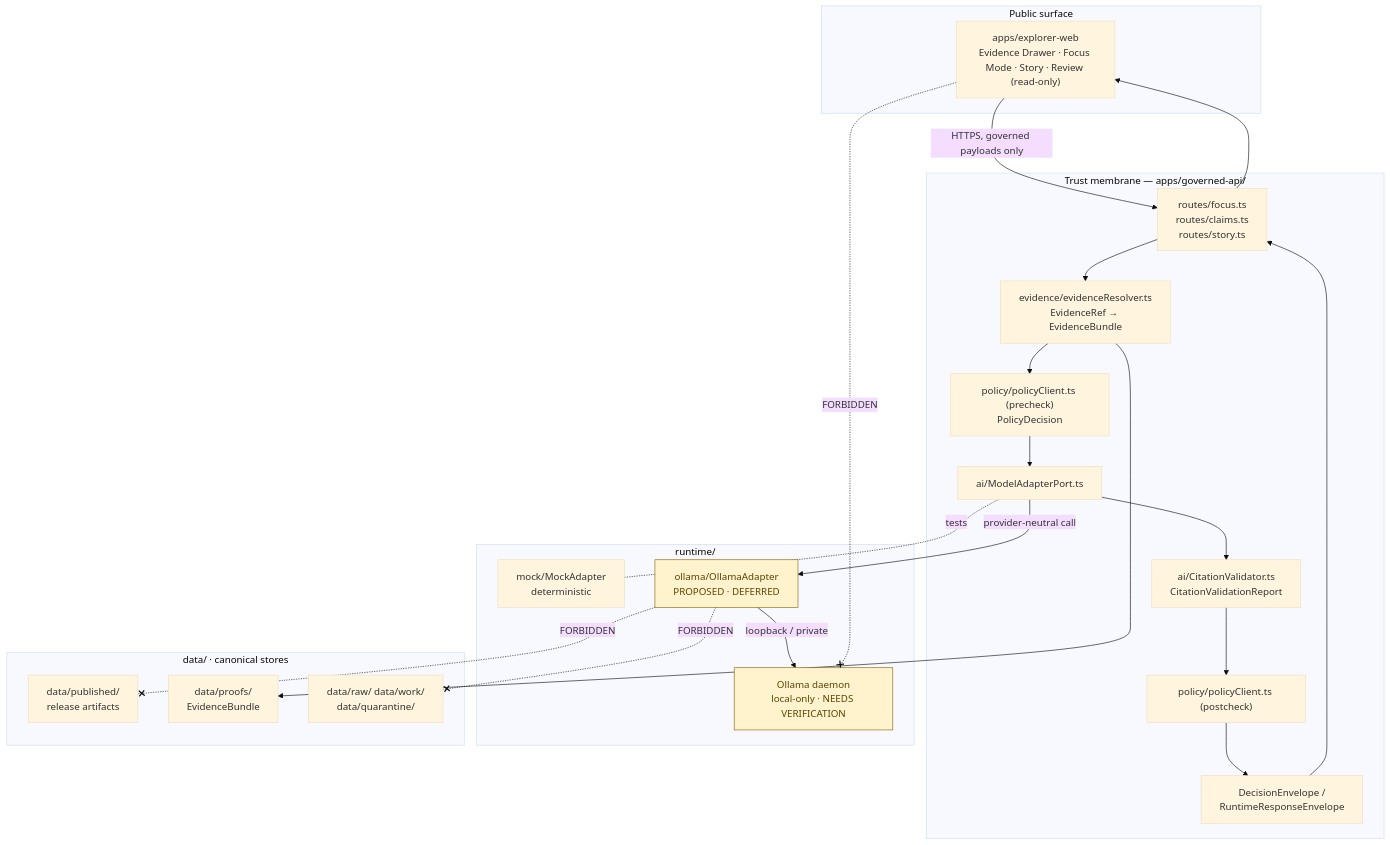
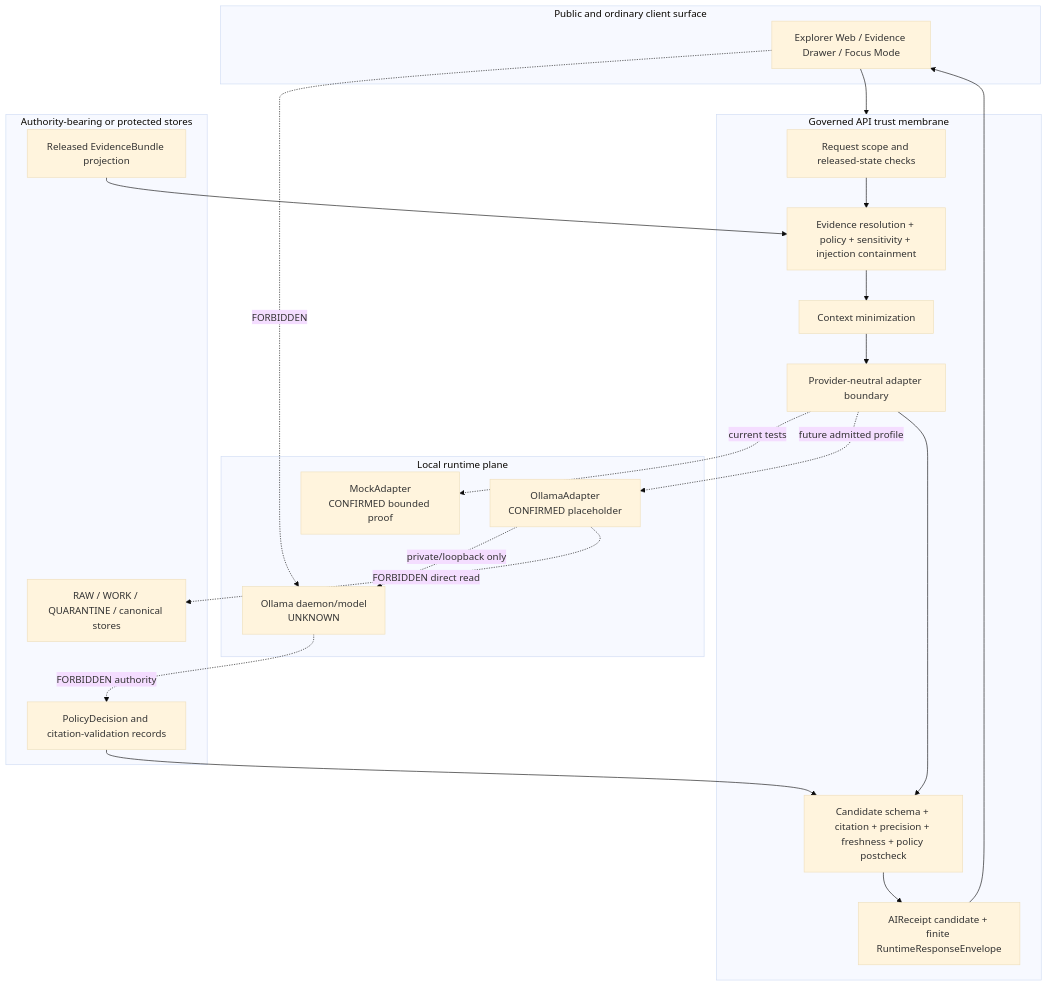
The second of 3 diagrams in docs/architecture/governed-ai/OLLAMA_INTEGRATION.md (bartytime4life/Kansas-Frontier-Matrix), drawn with Mermaid (base theme) before and after one commit. The commit also changed other lines of this file, not shown here.

Commit message:
docs(ai): ground Ollama integration boundary

````diff
--- a/docs/architecture/governed-ai/OLLAMA_INTEGRATION.md
+++ b/docs/architecture/governed-ai/OLLAMA_INTEGRATION.md
@@ -177,50 +315,44 @@
 ```mermaid
 flowchart TB
-  subgraph PUBLIC["Public surface"]
-    UI["apps/explorer-web<br/>Evidence Drawer · Focus Mode · Story · Review (read-only)"]
-  end
+    subgraph PUBLIC["Public and ordinary client surface"]
+      UI["Explorer Web / Evidence Drawer / Focus Mode"]
+    end
 
-  subgraph TRUST["Trust membrane — apps/governed-api/"]
-    R["routes/focus.ts<br/>routes/claims.ts<br/>routes/story.ts"]
-    E["evidence/evidenceResolver.ts<br/>EvidenceRef → EvidenceBundle"]
-    P1["policy/policyClient.ts (precheck)<br/>PolicyDecision"]
-    AD["ai/ModelAdapterPort.ts"]
-    CV["ai/CitationValidator.ts<br/>CitationValidationReport"]
-    P2["policy/policyClient.ts (postcheck)"]
-    ENV["DecisionEnvelope /<br/>RuntimeResponseEnvelope"]
-  end
+    subgraph GOV["Governed API trust membrane"]
+      SCOPE["Request scope and released-state checks"]
+      PRE["Evidence resolution + policy + sensitivity + injection containment"]
+      MIN["Context minimization"]
+      PORT["Provider-neutral adapter boundary"]
+      POST["Candidate schema + citation + precision + freshness + policy postcheck"]
+      REC["AIReceipt candidate + finite RuntimeResponseEnvelope"]
+    end
 
-  subgraph RUNTIME["runtime/"]
-    MA["mock/MockAdapter<br/>deterministic"]
-    OA["ollama/OllamaAdapter<br/>PROPOSED · DEFERRED"]
-    OLL["Ollama daemon<br/>local-only · NEEDS VERIFICATION"]
-  end
+    subgraph LOCAL["Local runtime plane"]
+      MOCK["MockAdapter\nCONFIRMED bounded proof"]
+      OA["OllamaAdapter\nCONFIRMED placeholder"]
+      OLL["Ollama daemon/model\nUNKNOWN"]
+    end
 
-  subgraph DATA["data/ · canonical stores"]
-    PUB["data/published/<br/>release artifacts"]
-    EB["data/proofs/<br/>EvidenceBundle"]
-    RAW["data/raw/  data/work/<br/>data/quarantine/"]
-  end
+    subgraph INTERNAL["Authority-bearing or protected stores"]
+      EVD["Released EvidenceBundle projection"]
+      RAW["RAW / WORK / QUARANTINE / canonical stores"]
+      POL["PolicyDecision and citation-validation records"]
+    end
 
-  UI -->|HTTPS, governed payloads only| R
-  R --> E
-  E --> EB
-  E --> P1
-  P1 --> AD
-  AD -.tests.- MA
-  AD -->|provider-neutral call| OA
-  OA -->|loopback / private| OLL
-  AD --> CV
-  CV --> P2
-  P2 --> ENV
-  ENV --> R
-  R --> UI
+    UI --> GOV
+    SCOPE --> PRE
+    EVD --> PRE
+    PRE --> MIN
+    MIN --> PORT
+    PORT -. current tests .-> MOCK
+    PORT -. future admitted profile .-> OA
+    OA -. private/loopback only .-> OLL
+    PORT --> POST
+    POL --> POST
+    POST --> REC
+    REC --> UI
 
-  UI -. "FORBIDDEN" .-x OLL
-  OA -. "FORBIDDEN" .-x RAW
-  OA -. "FORBIDDEN" .-x PUB
-
-  classDef forbidden stroke:#a94442,stroke-width:2px,stroke-dasharray:4 4;
-  classDef proposed fill:#fff3cd,stroke:#856404,color:#5a4400;
-  class OA,OLL proposed;
+    UI -. "FORBIDDEN" .-> OLL
+    OA -. "FORBIDDEN direct read" .-> RAW
+    OLL -. "FORBIDDEN authority" .-> POL
 ```
````
